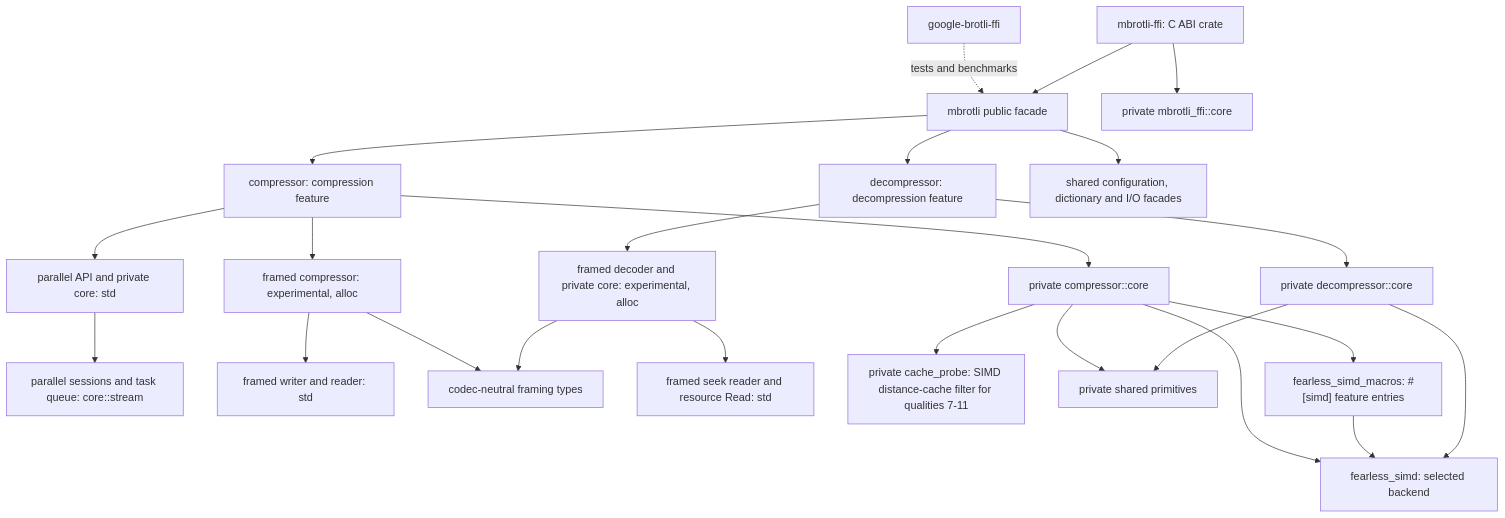
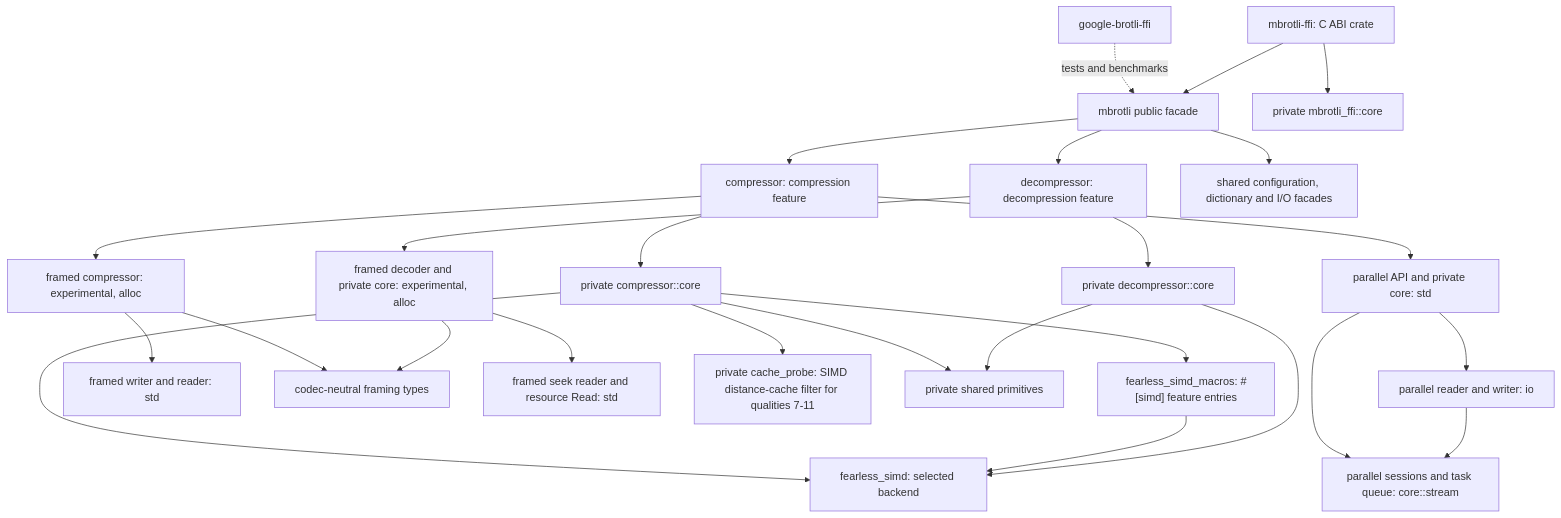
Before and after one commit to M-Compressors/mbrotli: the diagram in architecture/README.md, drawn with Mermaid. The commit also changed other lines of this file and 14 other files, not shown here.

Commit message:
Add writer and reader to parallel compressor

````diff
--- a/architecture/README.md
+++ b/architecture/README.md
@@ -9,26 +9,28 @@
 ```mermaid
 graph TD
     Root[mbrotli public facade] --> Encode[compressor: compression feature]
     Root --> Decode[decompressor: decompression feature]
     Root --> Common[shared configuration, dictionary and I/O facades]
     Encode --> ECore[private compressor::core]
     Decode --> DCore[private decompressor::core]
     Encode --> Parallel[parallel API and private core: std]
     Parallel --> PStream[parallel sessions and task queue: core::stream]
+    Parallel --> PIO[parallel reader and writer: io]
+    PIO --> PStream
     Encode --> Framing[framed compressor: experimental, alloc]
     Framing --> FIO[framed writer and reader: std]
     Decode --> FDecode[framed decoder and private core: experimental, alloc]
     Framing --> Wire[codec-neutral framing types]
     FDecode --> Seek[framed seek reader and resource Read: std]
     FDecode --> Wire
     ECore --> Probe[private cache_probe: SIMD distance-cache filter for qualities 7-11]
     ECore --> Shared[private shared primitives]
     DCore --> Shared
     ECore --> SIMD[fearless_simd: selected backend]
     ECore --> Macro["fearless_simd_macros: #[simd] feature entries"]
     Macro --> SIMD
     DCore --> SIMD
     C[google-brotli-ffi] -. tests and benchmarks .-> Root
     CABI[mbrotli-ffi: C ABI crate] --> Root
     CABI --> CCore[private mbrotli_ffi::core]
 ```
````
